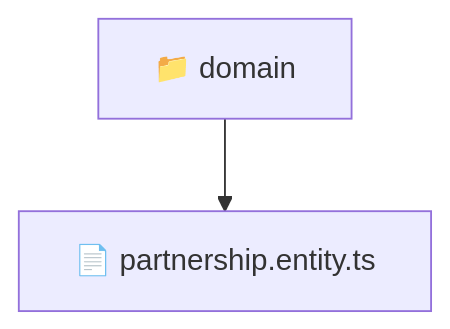
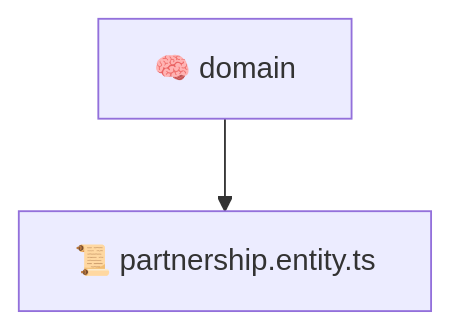
Before and after one commit to beginwebdev2002/fullstack-mavluda: the diagram in backend/src/modules/partnership/domain/README.md, drawn with Mermaid. The commit also changed other lines of this file and 163 other files, not shown here.

````diff
--- a/backend/src/modules/partnership/domain/README.md
+++ b/backend/src/modules/partnership/domain/README.md
@@ -9,5 +9,5 @@
 ```mermaid
 graph TD
-  Root["📁 domain"]
-  Root --> partnership_entity_ts["📄 partnership.entity.ts"]
+  domain["🧠 domain"]
+  domain --> partnership_entity_ts["📜 partnership.entity.ts"]
 ```
````
